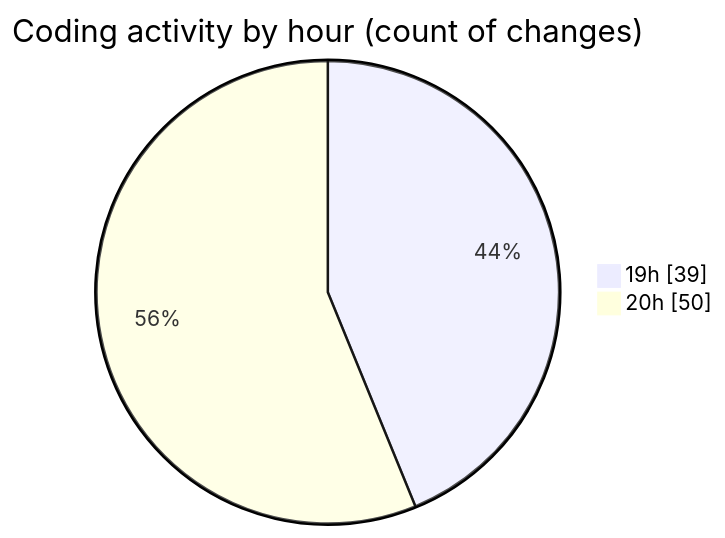
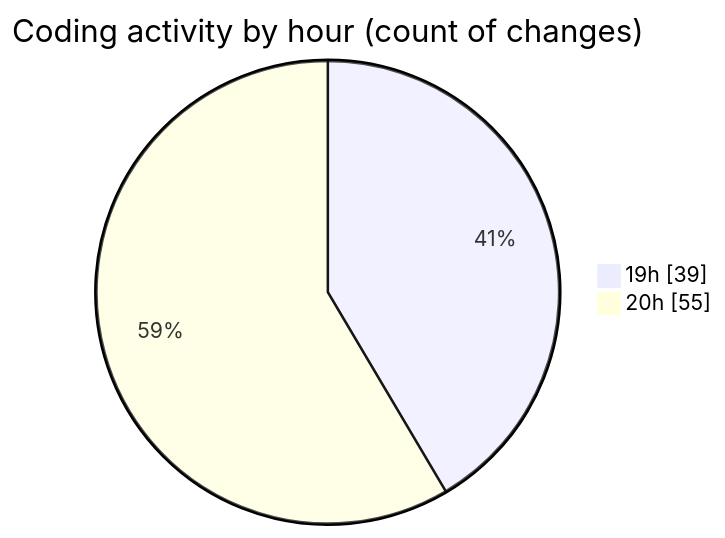
Before and after one commit to momahboobian/code-tracking: the second of 2 diagrams in 2026-06-16/cda/README.md, drawn with Mermaid. The commit also changed other lines of this file and 1 other file, not shown here.

````diff
--- a/2026-06-16/cda/README.md
+++ b/2026-06-16/cda/README.md
@@ -58,6 +58,6 @@
 ```mermaid
 pie showData
 title Coding activity by hour (count of changes)
 "19h" : 39
-"20h" : 50
+"20h" : 55
 ```
````
